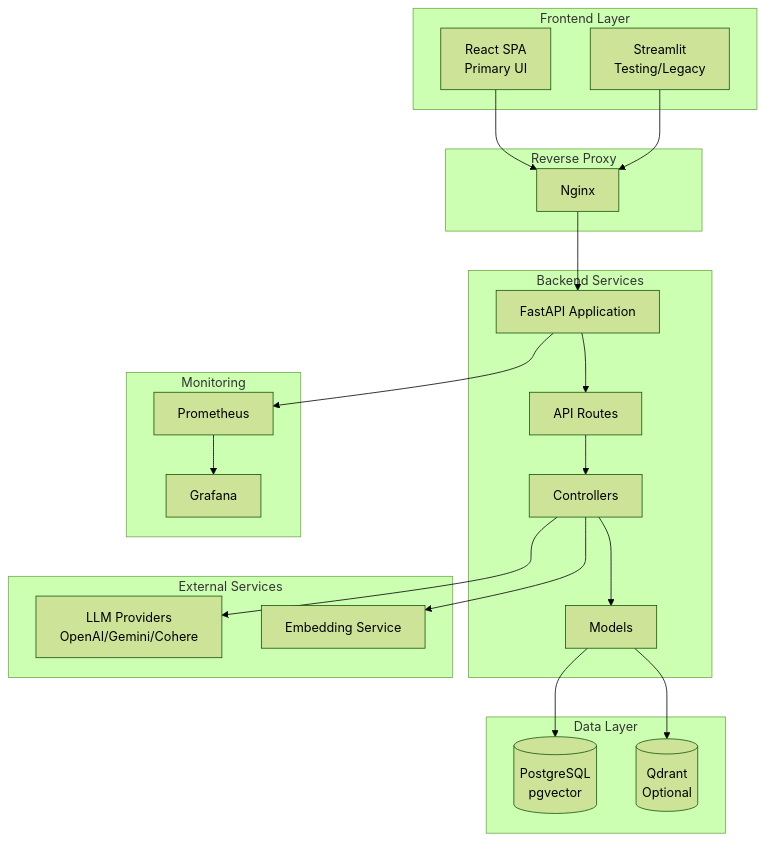
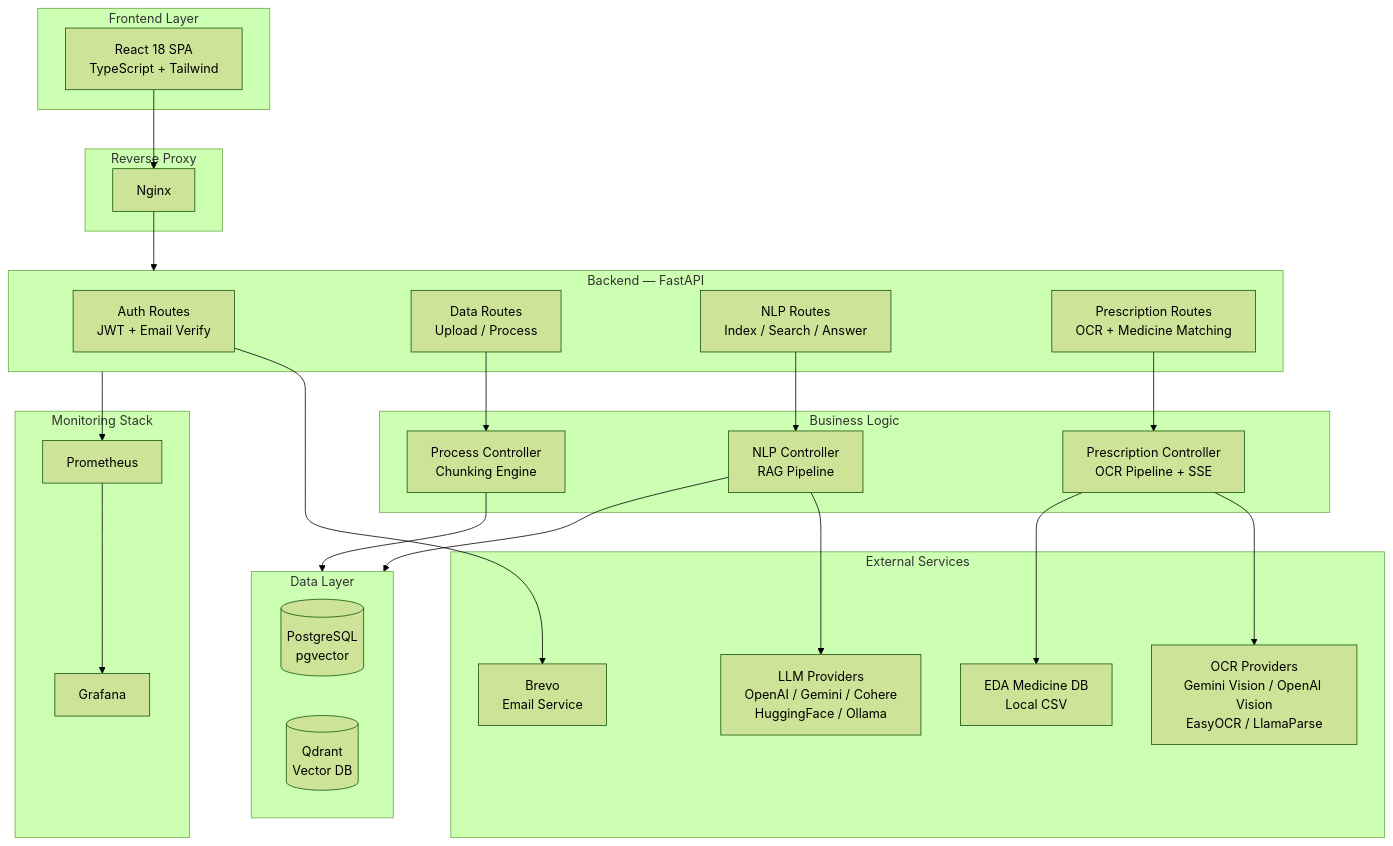
The diagram in README.md (mohamedfathi540/Fehres), drawn with Mermaid (forest theme) before and after one commit. The commit also changed other lines of this file and 3 other files, not shown here.

````diff
--- a/README.md
+++ b/README.md
@@ -18,46 +40,54 @@
 ```mermaid
 flowchart TB
     subgraph Frontend["Frontend Layer"]
-        React[React SPA<br/>Primary UI]
-        Streamlit[Streamlit<br/>Testing/Legacy]
+        React["React 18 SPA<br/>TypeScript + Tailwind"]
     end
 
     subgraph Proxy["Reverse Proxy"]
         Nginx[Nginx]
     end
 
-    subgraph Backend["Backend Services"]
-        FastAPI[FastAPI Application]
-        Routes[API Routes]
-        Controllers[Controllers]
-        Models[Models]
+    subgraph Backend["Backend — FastAPI"]
+        Auth["Auth Routes<br/>JWT + Email Verify"]
+        DataRoutes["Data Routes<br/>Upload / Process"]
+        NLPRoutes["NLP Routes<br/>Index / Search / Answer"]
+        PrescriptionRoutes["Prescription Routes<br/>OCR + Medicine Matching"]
+    end
+
+    subgraph Controllers["Business Logic"]
+        NLPCtrl["NLP Controller<br/>RAG Pipeline"]
+        PrescCtrl["Prescription Controller<br/>OCR Pipeline + SSE"]
+        ProcessCtrl["Process Controller<br/>Chunking Engine"]
     end
 
     subgraph Data["Data Layer"]
-        PostgreSQL[(PostgreSQL<br/>pgvector)]
-        Qdrant[(Qdrant<br/>Optional)]
+        PostgreSQL[("PostgreSQL<br/>pgvector")]
+        Qdrant[("Qdrant<br/>Vector DB")]
     end
 
     subgraph External["External Services"]
-        LLM[LLM Providers<br/>OpenAI/Gemini/Cohere]
-        Embeddings[Embedding Service]
+        LLM["LLM Providers<br/>OpenAI / Gemini / Cohere<br/>HuggingFace / Ollama"]
+        OCR["OCR Providers<br/>Gemini Vision / OpenAI Vision<br/>EasyOCR / LlamaParse"]
+        EDA["EDA Medicine DB<br/>Local CSV"]
+        Brevo["Brevo<br/>Email Service"]
     end
 
-    subgraph Monitoring["Monitoring"]
+    subgraph Monitoring["Monitoring Stack"]
         Prometheus[Prometheus]
         Grafana[Grafana]
     end
 
     React --> Nginx
-    Streamlit --> Nginx
-    Nginx --> FastAPI
-    FastAPI --> Routes
-    Routes --> Controllers
-    Controllers --> Models
-    Models --> PostgreSQL
-    Models --> Qdrant
-    Controllers --> LLM
-    Controllers --> Embeddings
-    FastAPI --> Prometheus
+    Nginx --> Backend
+    Auth --> Brevo
+    DataRoutes --> ProcessCtrl
+    NLPRoutes --> NLPCtrl
+    PrescriptionRoutes --> PrescCtrl
+    NLPCtrl --> LLM
+    NLPCtrl --> Data
+    PrescCtrl --> OCR
+    PrescCtrl --> EDA
+    ProcessCtrl --> Data
+    Backend --> Prometheus
     Prometheus --> Grafana
 ```
````
